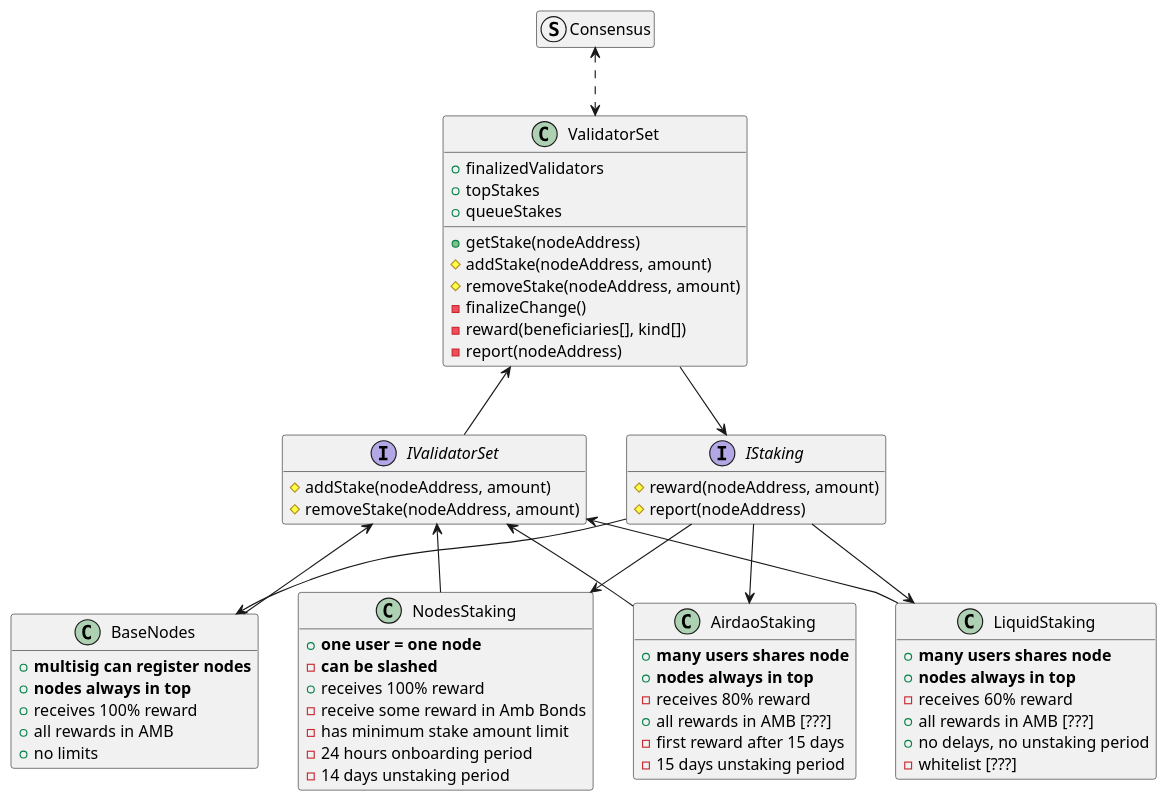
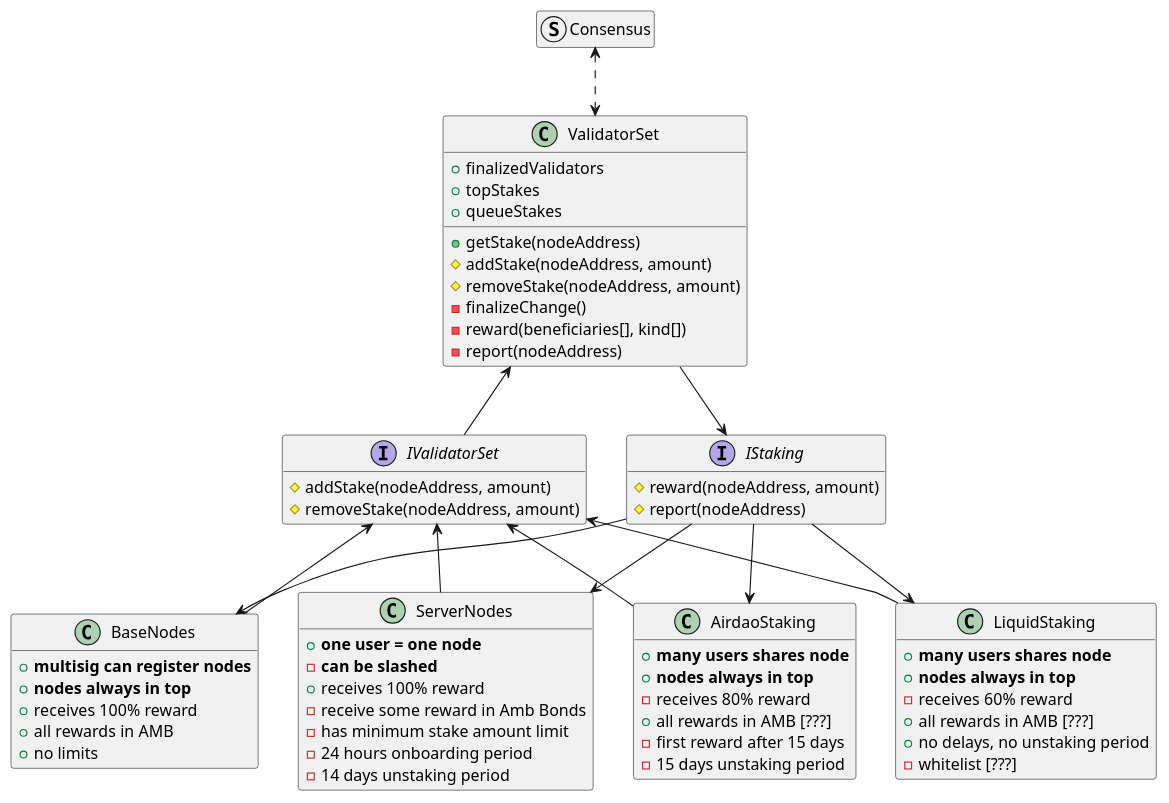
The diagram in docs/global.puml (ambrosus/airdao-node-contracts), drawn with PlantUML before and after one commit. The commit also changed 2 other files, not shown here.

```diff
--- a/docs/global.puml
+++ b/docs/global.puml
@@ -1,89 +1,89 @@
 @startuml
 
 hide empty members
 
 
 struct Consensus {}
 
 class ValidatorSet {
     +finalizedValidators
     +topStakes
     +queueStakes
 
     +getStake(nodeAddress)
     #addStake(nodeAddress, amount)
     #removeStake(nodeAddress, amount)
     -finalizeChange()
     -reward(beneficiaries[], kind[])
     -report(nodeAddress)
 }
 
 
 interface IValidatorSet {
     #addStake(nodeAddress, amount)
     #removeStake(nodeAddress, amount)
 }
 interface IStaking {
     #reward(nodeAddress, amount)
     #report(nodeAddress)
 
 }
 
 
 
 
 
 class AirdaoStaking {
     + **many users shares node**
     + **nodes always in top**
     - receives 80% reward
     + all rewards in AMB [???]
     - first reward after 15 days
     - 15 days unstaking period
 }
 
 class LiquidStaking {
     + **many users shares node**
     + **nodes always in top**
     - receives 60% reward
     + all rewards in AMB [???]
     + no delays, no unstaking period
     - whitelist [???]
 }
 
 class BaseNodes {
     + **multisig can register nodes**
     + **nodes always in top**
     + receives 100% reward
     + all rewards in AMB
     + no limits
 }
 
-class NodesStaking {
+class ServerNodes {
     + **one user = one node**
     - **can be slashed**
     + receives 100% reward
     - receive some reward in Amb Bonds
     - has minimum stake amount limit
     - 24 hours onboarding period
     - 14 days unstaking period
 }
 
 
 Consensus <.-> ValidatorSet
 
 
 ValidatorSet --> IStaking
 ValidatorSet <-- IValidatorSet
 
 IStaking --> BaseNodes
-IStaking --> NodesStaking
+IStaking --> ServerNodes
 IStaking --> AirdaoStaking
 IStaking --> LiquidStaking
 
 IValidatorSet <-- BaseNodes
-IValidatorSet <-- NodesStaking
+IValidatorSet <-- ServerNodes
 IValidatorSet <-- AirdaoStaking
 IValidatorSet <-- LiquidStaking
 
 @enduml
```
